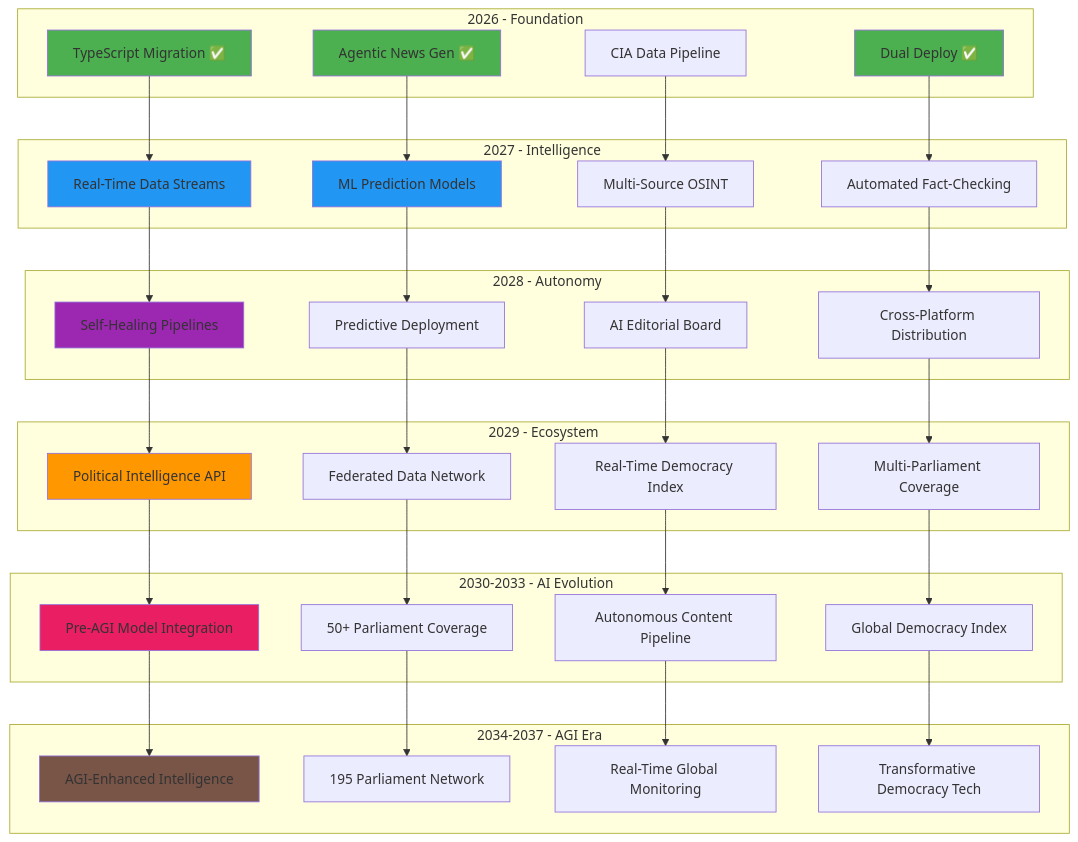
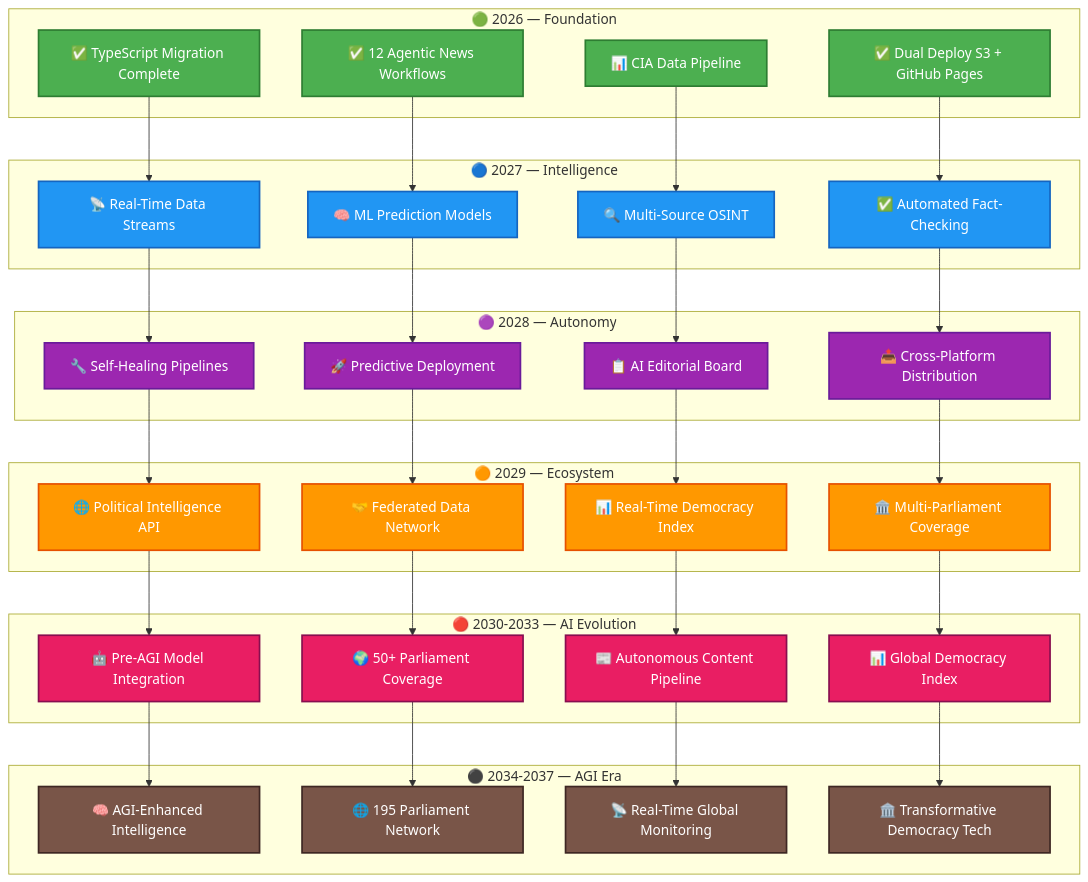
The first of 11 diagrams in FUTURE_WORKFLOWS.md (Hack23/riksdagsmonitor), drawn with Mermaid before and after one commit. The commit also changed other lines of this file and 1 other file, not shown here.

First line of the commit message:
docs: rewrite WORKFLOWS.md and FUTURE_WORKFLOWS.md to follow Hack23 ISMS standard

````diff
--- a/FUTURE_WORKFLOWS.md
+++ b/FUTURE_WORKFLOWS.md
@@ -31,80 +68,83 @@
 ```mermaid
-graph TB
-    subgraph "2026 - Foundation"
-        A1[TypeScript Migration ✅]
-        A2[Agentic News Gen ✅]
-        A3[CIA Data Pipeline]
-        A4[Dual Deploy ✅]
+flowchart TB
+    subgraph "🟢 2026 — Foundation"
+        A1[✅ TypeScript Migration Complete]
+        A2[✅ 12 Agentic News Workflows]
+        A3[📊 CIA Data Pipeline]
+        A4[✅ Dual Deploy S3 + GitHub Pages]
     end
-    
-    subgraph "2027 - Intelligence"
-        B1[Real-Time Data Streams]
-        B2[ML Prediction Models]
-        B3[Multi-Source OSINT]
-        B4[Automated Fact-Checking]
+
+    subgraph "🔵 2027 — Intelligence"
+        B1[📡 Real-Time Data Streams]
+        B2[🧠 ML Prediction Models]
+        B3[🔍 Multi-Source OSINT]
+        B4[✅ Automated Fact-Checking]
     end
-    
-    subgraph "2028 - Autonomy"
-        C1[Self-Healing Pipelines]
-        C2[Predictive Deployment]
-        C3[AI Editorial Board]
-        C4[Cross-Platform Distribution]
+
+    subgraph "🟣 2028 — Autonomy"
+        C1[🔧 Self-Healing Pipelines]
+        C2[🚀 Predictive Deployment]
+        C3[📋 AI Editorial Board]
+        C4[📤 Cross-Platform Distribution]
     end
-    
-    subgraph "2029 - Ecosystem"
-        D1[Political Intelligence API]
-        D2[Federated Data Network]
-        D3[Real-Time Democracy Index]
-        D4[Multi-Parliament Coverage]
+
+    subgraph "🟠 2029 — Ecosystem"
+        D1[🌐 Political Intelligence API]
+        D2[🤝 Federated Data Network]
+        D3[📊 Real-Time Democracy Index]
+        D4[🏛️ Multi-Parliament Coverage]
     end
-    
-    subgraph "2030-2033 - AI Evolution"
-        E1[Pre-AGI Model Integration]
-        E2[50+ Parliament Coverage]
-        E3[Autonomous Content Pipeline]
-        E4[Global Democracy Index]
+
+    subgraph "🔴 2030-2033 — AI Evolution"
+        E1[🤖 Pre-AGI Model Integration]
+        E2[🌍 50+ Parliament Coverage]
+        E3[📰 Autonomous Content Pipeline]
+        E4[📊 Global Democracy Index]
     end
-    
-    subgraph "2034-2037 - AGI Era"
-        F1[AGI-Enhanced Intelligence]
-        F2[195 Parliament Network]
-        F3[Real-Time Global Monitoring]
-        F4[Transformative Democracy Tech]
+
+    subgraph "⚫ 2034-2037 — AGI Era"
+        F1[🧠 AGI-Enhanced Intelligence]
+        F2[🌐 195 Parliament Network]
+        F3[📡 Real-Time Global Monitoring]
+        F4[🏛️ Transformative Democracy Tech]
     end
-    
+
     A1 --> B1
     A2 --> B2
     A3 --> B3
     A4 --> B4
-    
+
     B1 --> C1
     B2 --> C2
     B3 --> C3
     B4 --> C4
-    
+
     C1 --> D1
     C2 --> D2
     C3 --> D3
     C4 --> D4
-    
+
     D1 --> E1
     D2 --> E2
     D3 --> E3
     D4 --> E4
-    
+
     E1 --> F1
     E2 --> F2
     E3 --> F3
     E4 --> F4
-    
-    style E1 fill:#e91e63
-    style F1 fill:#795548
-    
-    style A1 fill:#4caf50
-    style A2 fill:#4caf50
-    style A4 fill:#4caf50
-    style B1 fill:#2196f3
-    style B2 fill:#2196f3
-    style C1 fill:#9c27b0
-    style D1 fill:#ff9800
+
+    classDef foundation fill:#4caf50,stroke:#2e7d32,stroke-width:2px,color:white
+    classDef intelligence fill:#2196f3,stroke:#1565c0,stroke-width:2px,color:white
+    classDef autonomy fill:#9c27b0,stroke:#6a1b9a,stroke-width:2px,color:white
+    classDef ecosystem fill:#ff9800,stroke:#e65100,stroke-width:2px,color:white
+    classDef evolution fill:#e91e63,stroke:#880e4f,stroke-width:2px,color:white
+    classDef agi fill:#795548,stroke:#3e2723,stroke-width:2px,color:white
+
+    class A1,A2,A3,A4 foundation
+    class B1,B2,B3,B4 intelligence
+    class C1,C2,C3,C4 autonomy
+    class D1,D2,D3,D4 ecosystem
+    class E1,E2,E3,E4 evolution
+    class F1,F2,F3,F4 agi
 ```
````
